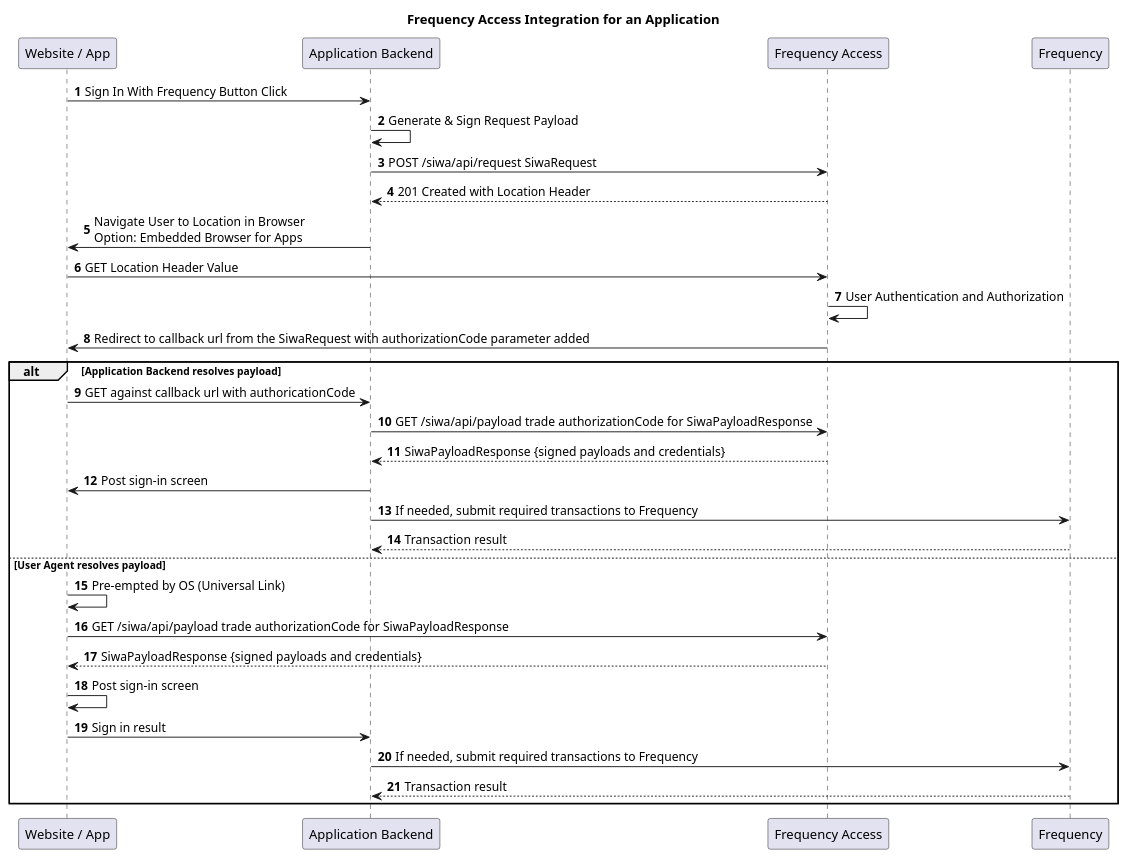
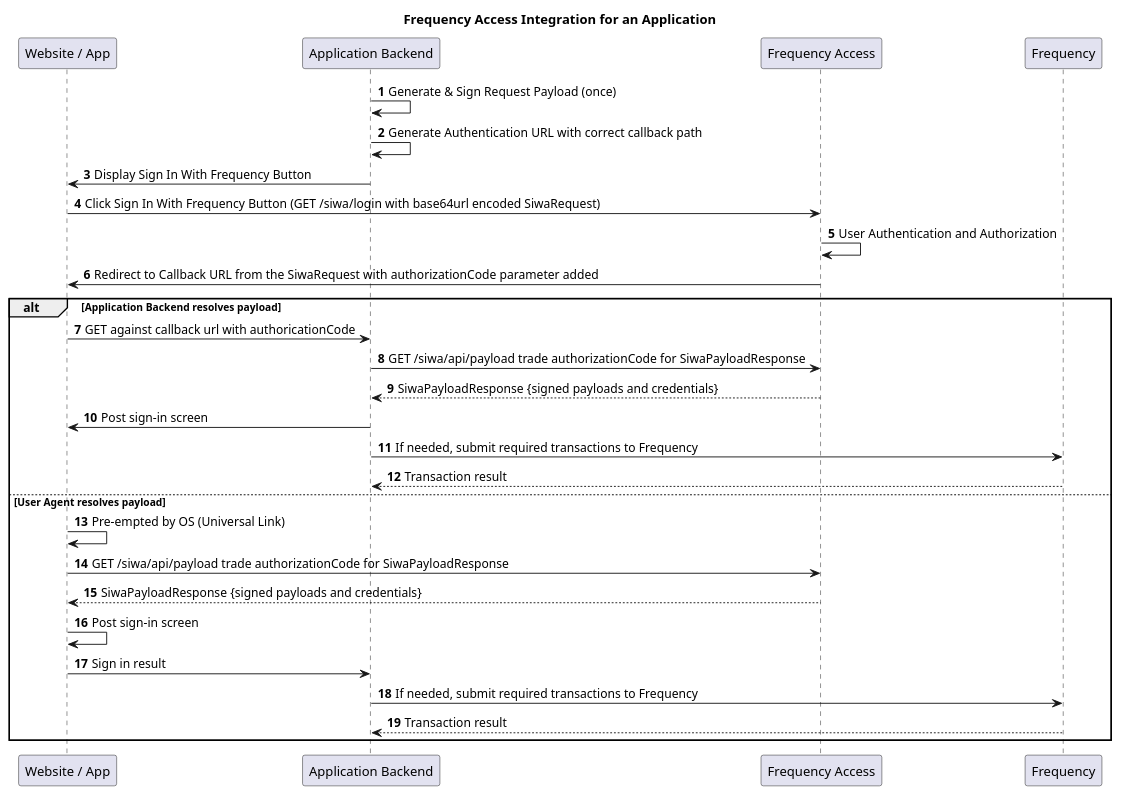
The diagram in docs/src/Actions/flow.puml (ProjectLibertyLabs/siwa), drawn with PlantUML before and after one commit. The commit also changed 31 other files, not shown here.

First line of the commit message:
Switching Redirect to just a GET (#14)

```diff
--- a/docs/src/Actions/flow.puml
+++ b/docs/src/Actions/flow.puml
@@ -1,33 +1,31 @@
 @startuml
 title "Frequency Access Integration for an Application"
 participant "Website / App" as ua
 participant "Application Backend" as p
 participant "Frequency Access" as fa
 participant "Frequency" as bc
 
 autonumber
-ua->p: Sign In With Frequency Button Click
-p->p: Generate & Sign Request Payload
-p->fa: POST /siwa/api/request SiwaRequest
-return 201 Created with Location Header
-p->ua: Navigate User to Location in Browser\nOption: Embedded Browser for Apps
-ua->fa: GET Location Header Value
+p->p: Generate & Sign Request Payload (once)
+p->p: Generate Authentication URL with correct callback path
+p->ua: Display Sign In With Frequency Button
+ua->fa: Click Sign In With Frequency Button (GET /siwa/login with base64url encoded SiwaRequest)
 fa->fa: User Authentication and Authorization
-fa->ua: Redirect to callback url from the SiwaRequest with authorizationCode parameter added
+fa->ua: Redirect to Callback URL from the SiwaRequest with authorizationCode parameter added
 alt Application Backend resolves payload
     ua->p: GET against callback url with authoricationCode
     p->fa: GET /siwa/api/payload trade authorizationCode for SiwaPayloadResponse
     return SiwaPayloadResponse {signed payloads and credentials}
     p->ua: Post sign-in screen
     p->bc: If needed, submit required transactions to Frequency
     return Transaction result
 else User Agent resolves payload
     ua->ua: Pre-empted by OS (Universal Link)
     ua->fa: GET /siwa/api/payload trade authorizationCode for SiwaPayloadResponse
     return SiwaPayloadResponse {signed payloads and credentials}
     ua->ua: Post sign-in screen
     ua->p: Sign in result
     p->bc: If needed, submit required transactions to Frequency
     return Transaction result
 end
 @enduml
```
